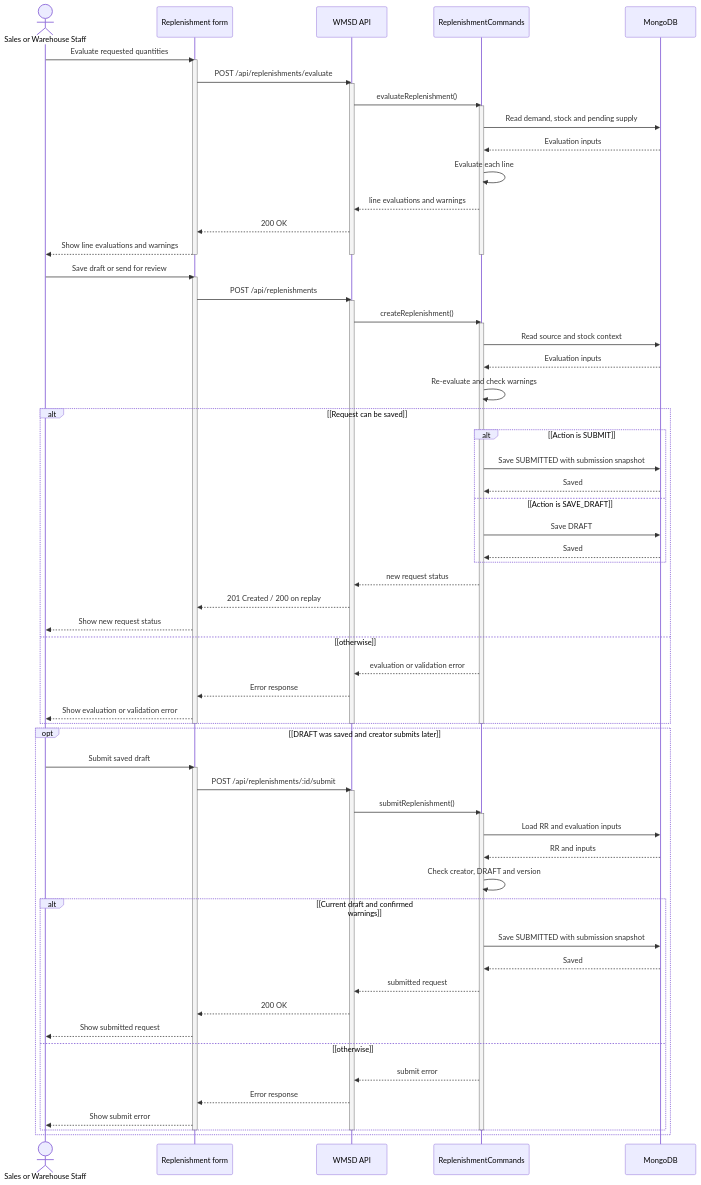
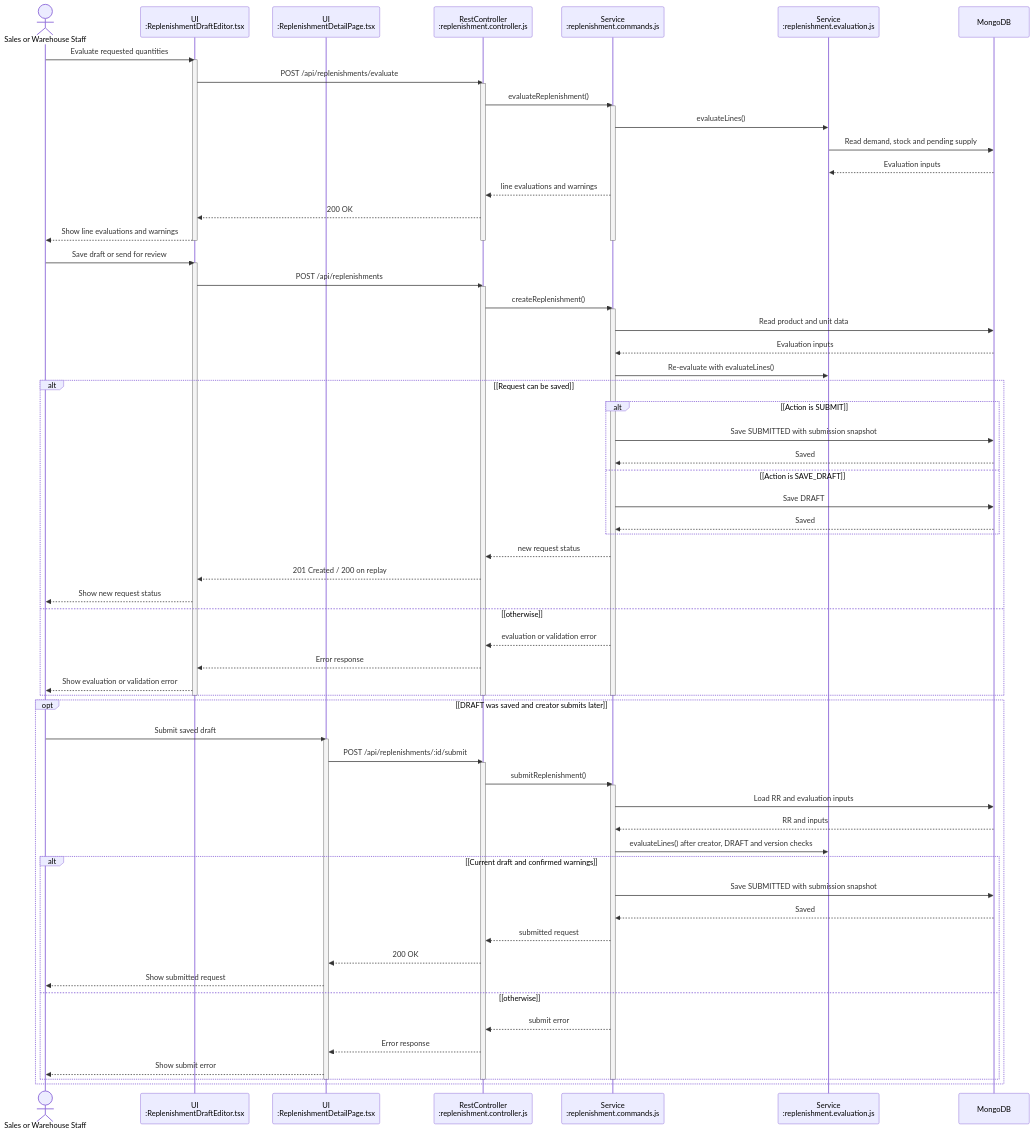
One commit to bupbalabup/wmsd_be changed the fifth of 46 diagrams in git_doc/docs/01_bao_cao/WMSD_Report4_Draft.md. Above: the diagram before and after it, drawn with Mermaid. The commit also changed other lines of this file and 80 other files, not shown here.

First line of the commit message:
feat(purchase): implement core purchase functionalities and validation schemas

````diff
--- a/git_doc/docs/01_bao_cao/WMSD_Report4_Draft.md
+++ b/git_doc/docs/01_bao_cao/WMSD_Report4_Draft.md
@@ -549,76 +541,78 @@
 ```mermaid
 sequenceDiagram
   actor X as Sales or Warehouse Staff
-  participant U as Replenishment form
-  participant A as WMSD API
-  participant S as ReplenishmentCommands
+  participant U as UI<br/>:ReplenishmentDraftEditor.tsx
+  participant U2 as UI<br/>:ReplenishmentDetailPage.tsx
+  participant A as RestController<br/>:replenishment.controller.js
+  participant S as Service<br/>:replenishment.commands.js
+  participant T as Service<br/>:replenishment.evaluation.js
   participant D as MongoDB
   X->>U: Evaluate requested quantities
   activate U
   U->>A: POST /api/replenishments/evaluate
   activate A
   A->>S: evaluateReplenishment()
   activate S
-  S->>D: Read demand, stock and pending supply
-  D-->>S: Evaluation inputs
-  S->>S: Evaluate each line
+  S->>T: evaluateLines()
+  T->>D: Read demand, stock and pending supply
+  D-->>T: Evaluation inputs
   S-->>A: line evaluations and warnings
   A-->>U: 200 OK
   U-->>X: Show line evaluations and warnings
   deactivate S
   deactivate A
   deactivate U
   X->>U: Save draft or send for review
   activate U
   U->>A: POST /api/replenishments
   activate A
   A->>S: createReplenishment()
   activate S
-  S->>D: Read source and stock context
+  S->>D: Read product and unit data
   D-->>S: Evaluation inputs
-  S->>S: Re-evaluate and check warnings
+  S->>T: Re-evaluate with evaluateLines()
   alt [Request can be saved]
     alt [Action is SUBMIT]
       S->>D: Save SUBMITTED with submission snapshot
       D-->>S: Saved
     else [Action is SAVE_DRAFT]
       S->>D: Save DRAFT
       D-->>S: Saved
     end
     S-->>A: new request status
     A-->>U: 201 Created / 200 on replay
     U-->>X: Show new request status
   else [otherwise]
     S-->>A: evaluation or validation error
     A-->>U: Error response
     U-->>X: Show evaluation or validation error
   end
   deactivate S
   deactivate A
   deactivate U
   opt [DRAFT was saved and creator submits later]
-    X->>U: Submit saved draft
-    activate U
-    U->>A: POST /api/replenishments/:id/submit
+    X->>U2: Submit saved draft
+    activate U2
+    U2->>A: POST /api/replenishments/:id/submit
     activate A
     A->>S: submitReplenishment()
     activate S
     S->>D: Load RR and evaluation inputs
     D-->>S: RR and inputs
-    S->>S: Check creator, DRAFT and version
+    S->>T: evaluateLines() after creator, DRAFT and version checks
     alt [Current draft and confirmed warnings]
       S->>D: Save SUBMITTED with submission snapshot
       D-->>S: Saved
       S-->>A: submitted request
-      A-->>U: 200 OK
-      U-->>X: Show submitted request
+      A-->>U2: 200 OK
+      U2-->>X: Show submitted request
     else [otherwise]
       S-->>A: submit error
-      A-->>U: Error response
-      U-->>X: Show submit error
+      A-->>U2: Error response
+      U2-->>X: Show submit error
     end
     deactivate S
     deactivate A
-    deactivate U
+    deactivate U2
   end
 ```
````
